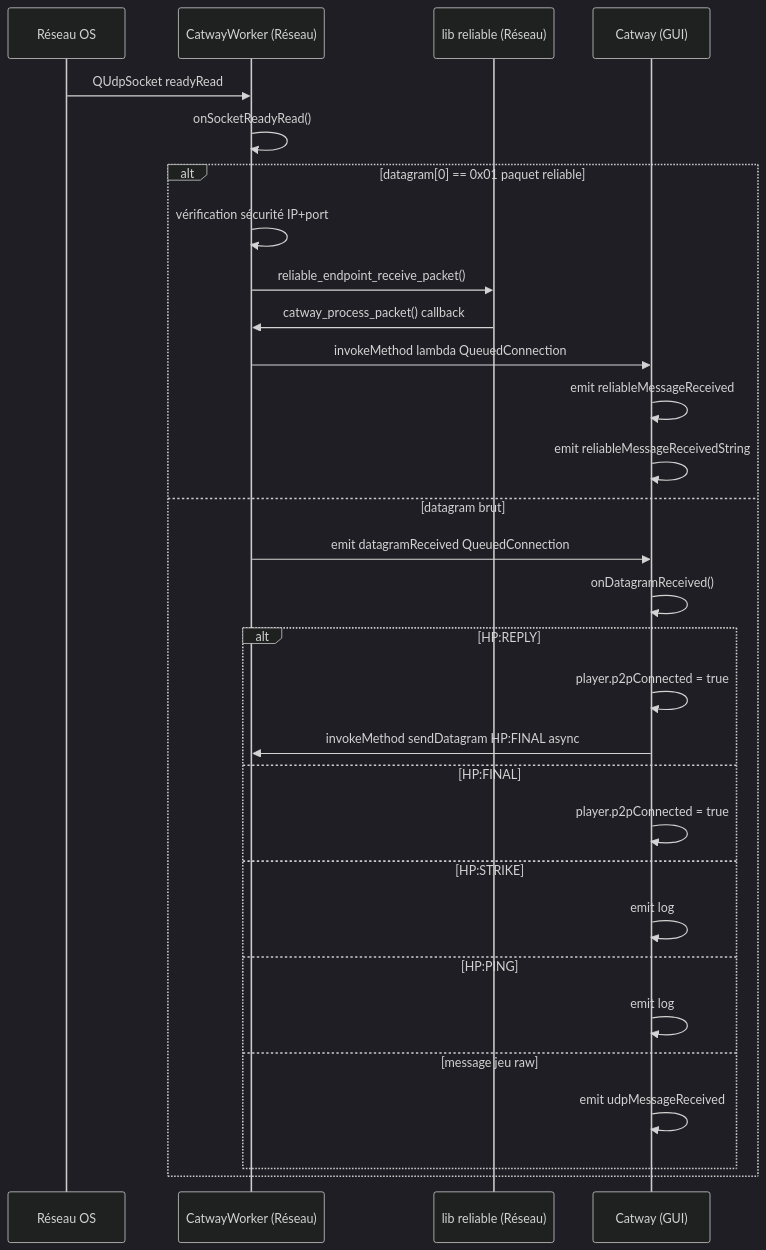
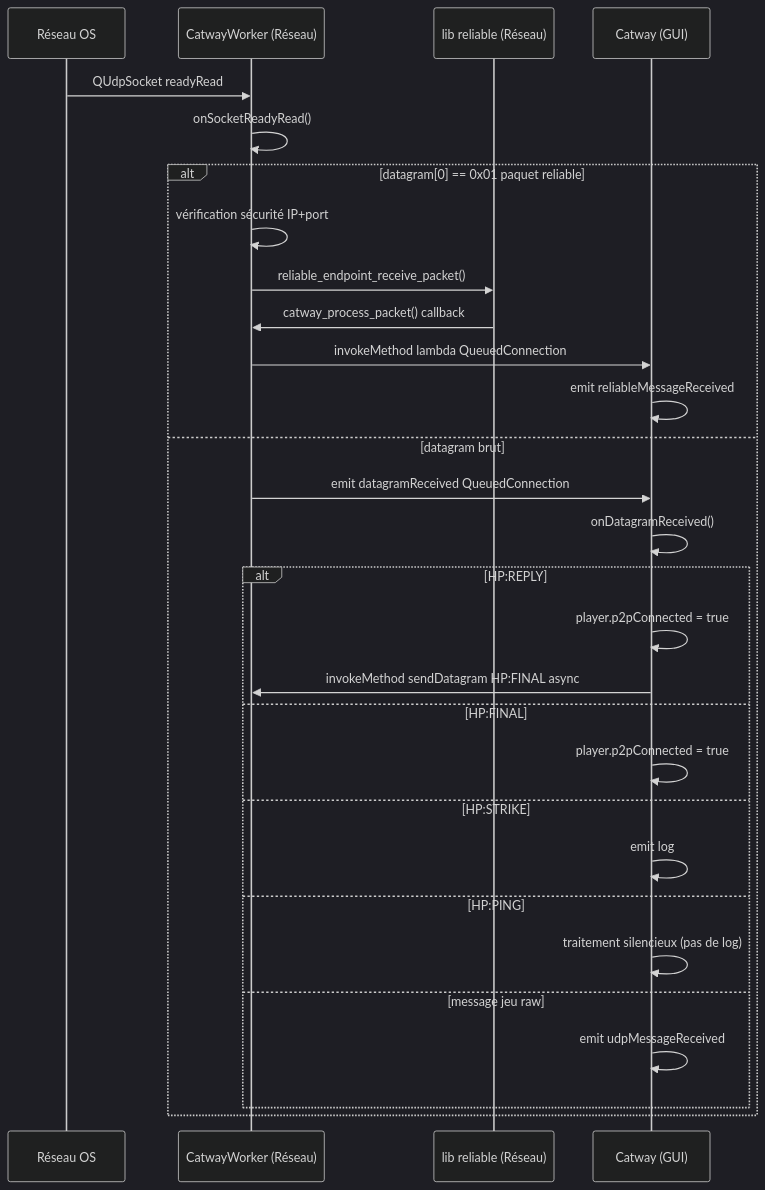
One commit to antoinnneee/meownopoly changed the third of 6 diagrams in Meownopoly/doc/architecture/CATWAY_ARCHITECTURE.md. Above: the diagram before and after it, drawn with Mermaid (dark theme). The commit also changed other lines of this file and 5 other files, not shown here.

First line of the commit message:
Refactor Catway reliable messages & player lookup

````diff
--- a/Meownopoly/doc/architecture/CATWAY_ARCHITECTURE.md
+++ b/Meownopoly/doc/architecture/CATWAY_ARCHITECTURE.md
@@ -175,33 +204,32 @@
 ```mermaid
 sequenceDiagram
     participant Net as Réseau OS
     participant Worker as CatwayWorker (Réseau)
     participant Lib as lib reliable (Réseau)
     participant Catway as Catway (GUI)
 
     Net->>Worker: QUdpSocket readyRead
     Worker->>Worker: onSocketReadyRead()
     alt datagram[0] == 0x01 paquet reliable
         Worker->>Worker: vérification sécurité IP+port
         Worker->>Lib: reliable_endpoint_receive_packet()
         Lib->>Worker: catway_process_packet() callback
         Worker->>Catway: invokeMethod lambda QueuedConnection
         Catway->>Catway: emit reliableMessageReceived
-        Catway->>Catway: emit reliableMessageReceivedString
     else datagram brut
         Worker->>Catway: emit datagramReceived QueuedConnection
         Catway->>Catway: onDatagramReceived()
         alt HP:REPLY
             Catway->>Catway: player.p2pConnected = true
             Catway->>Worker: invokeMethod sendDatagram HP:FINAL async
         else HP:FINAL
             Catway->>Catway: player.p2pConnected = true
         else HP:STRIKE
             Catway->>Catway: emit log
         else HP:PING
-            Catway->>Catway: emit log
+            Catway->>Catway: traitement silencieux (pas de log)
         else message jeu raw
             Catway->>Catway: emit udpMessageReceived
         end
     end
 ```
````
